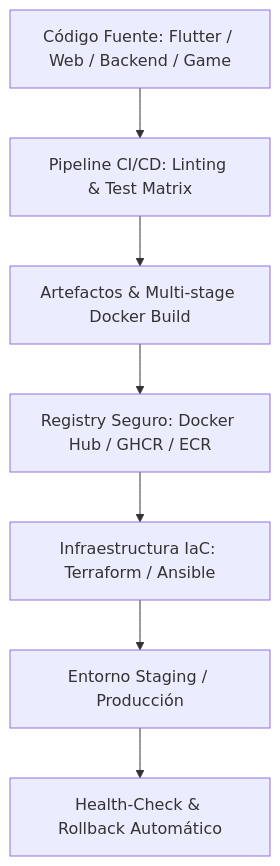
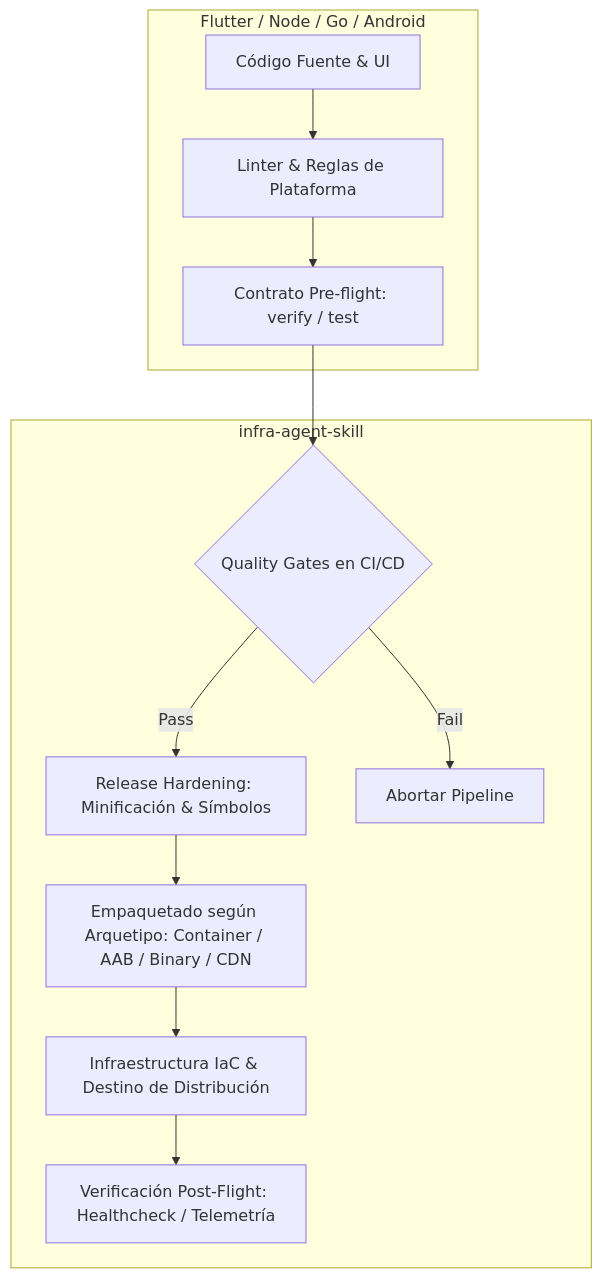
Before and after one commit to Agent-Rules-Ecosystem/infra-agent-skill: the diagram in README.md, drawn with Mermaid. The commit also changed other lines of this file and 8 other files, not shown here.

````diff
--- a/README.md
+++ b/README.md
@@ -36,9 +49,16 @@
 ```mermaid
 graph TD
-    A[Código Fuente: Flutter / Web / Backend / Game] --> B[Pipeline CI/CD: Linting & Test Matrix]
-    B --> C[Artefactos & Multi-stage Docker Build]
-    C --> D[Registry Seguro: Docker Hub / GHCR / ECR]
-    D --> E[Infraestructura IaC: Terraform / Ansible]
-    E --> F[Entorno Staging / Producción]
-    F --> G[Health-Check & Rollback Automático]
+    subgraph Dominio Aplicación / Plataforma [Flutter / Node / Go / Android]
+        A[Código Fuente & UI] --> B[Linter & Reglas de Plataforma]
+        B --> C[Contrato Pre-flight: verify / test]
+    end
+
+    subgraph Dominio Transversal [infra-agent-skill]
+        C --> D{Quality Gates en CI/CD}
+        D -->|Pass| E[Release Hardening: Minificación & Símbolos]
+        D -->|Fail| X[Abortar Pipeline]
+        E --> F[Empaquetado según Arquetipo: Container / AAB / Binary / CDN]
+        F --> G[Infraestructura IaC & Destino de Distribución]
+        G --> H[Verificación Post-Flight: Healthcheck / Telemetría]
+    end
 ```
````
